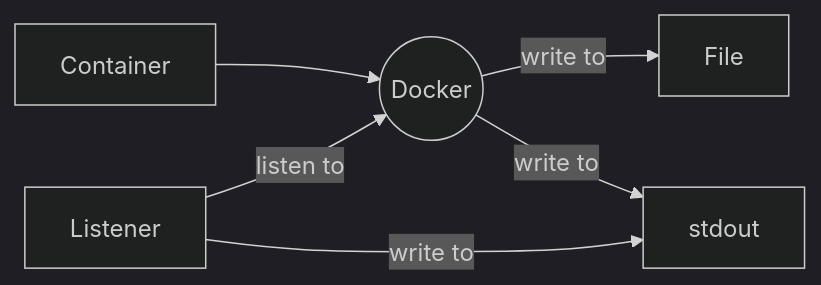
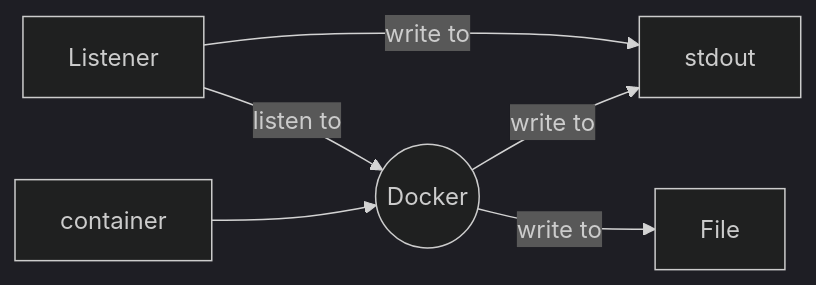
Before and after one commit to framiere/monitoring-demo: the second of 10 diagrams in README.md, drawn with Mermaid (dark theme). The commit also changed other lines of this file, not shown here.

````diff
--- a/README.md
+++ b/README.md
@@ -125,8 +125,8 @@
 ```mermaid
 graph LR;
-    Container-->Docker((Docker));
-    Docker-- write to -->File;
-    Docker-- write to -->stdout;
-    Listener-- listen to -->Docker;
-    Listener-- write to -->stdout;
+    container --> Docker((Docker));
+    Docker -- write to --> stdout;
+    Docker -- write to --> File;
+    Listener -- listen to --> Docker;
+    Listener -- write to --> stdout;
 ```
````
